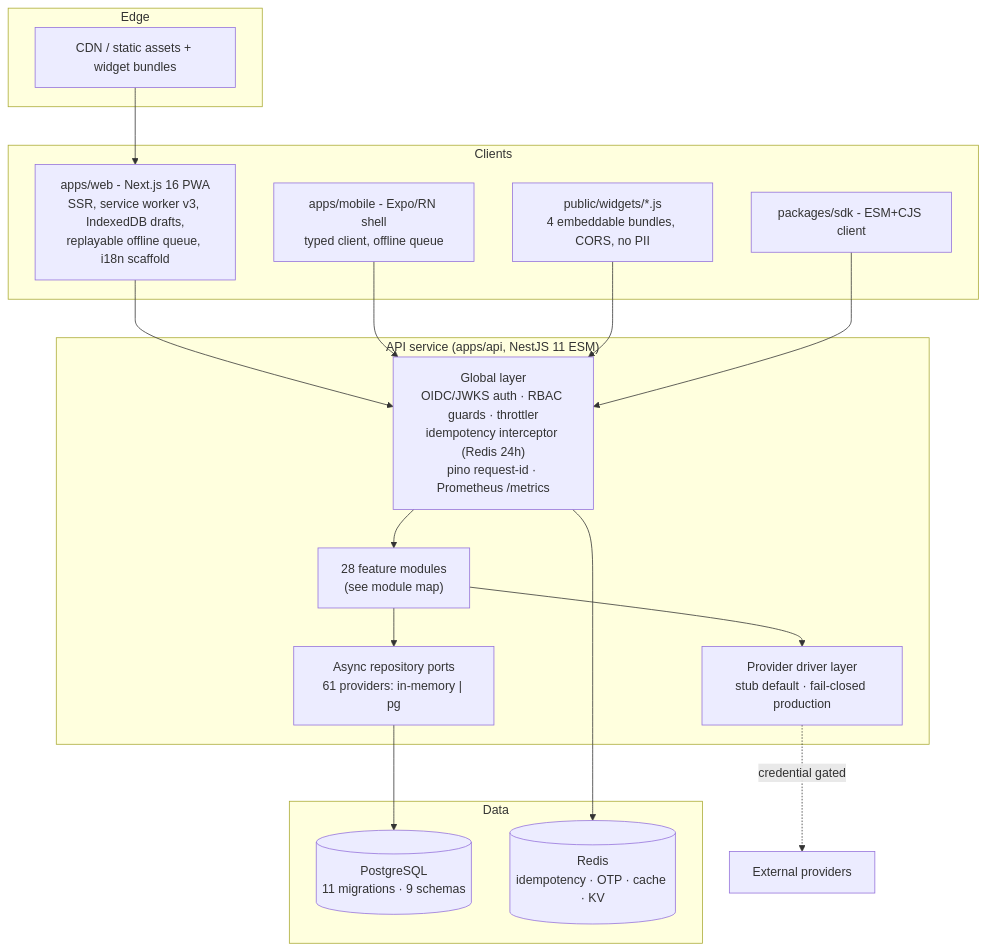
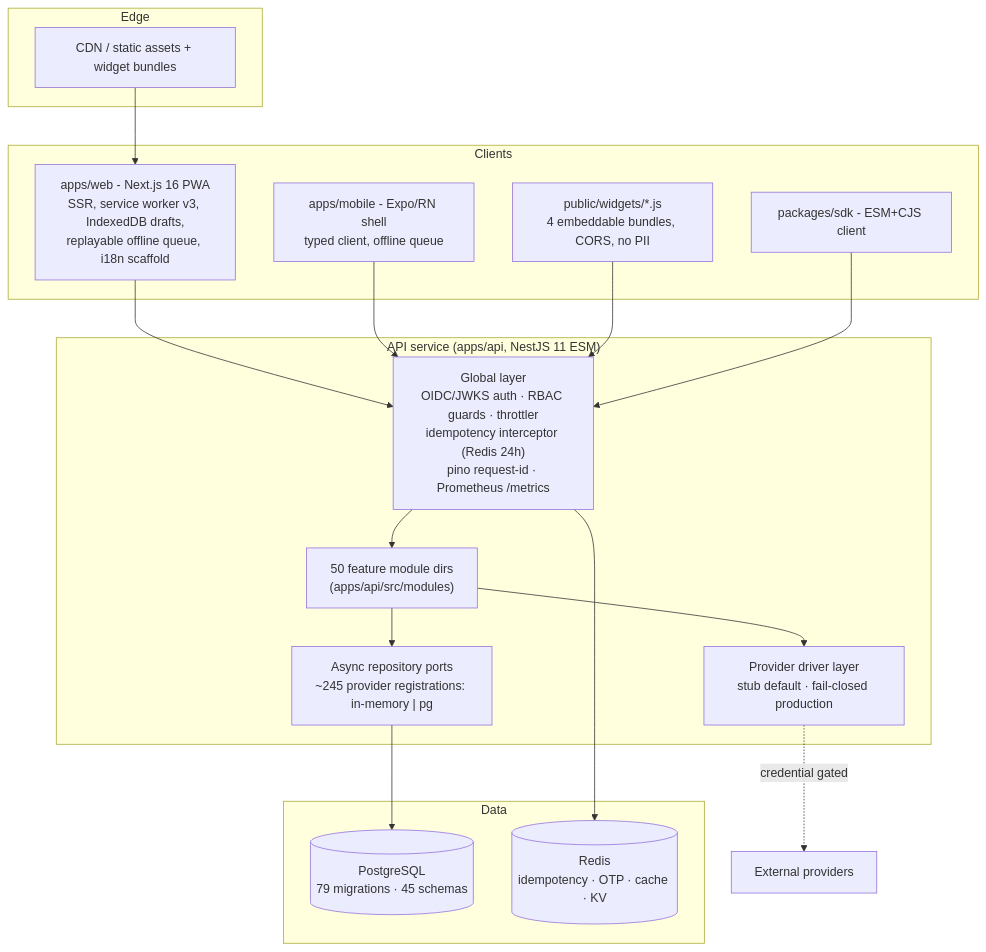
One commit to munisp/AgricPlatform changed the second of 6 diagrams in docs/architecture.md. Above: the diagram before and after it, drawn with Mermaid. The commit also changed other lines of this file and 1 other file, not shown here.

Commit message:
docs: WP-G21 Stage 27 docs refresh (production-readiness addendum, architecture rollup 053-079, go-live gates, traceability section 9, voice/credit/integration notes)

````diff
--- a/docs/architecture.md
+++ b/docs/architecture.md
@@ -56,33 +58,33 @@
 ```mermaid
 flowchart TB
     subgraph Edge
         CDN[CDN / static assets + widget bundles]
     end
 
     subgraph Clients
         PWA["apps/web - Next.js 16 PWA<br/>SSR, service worker v3, IndexedDB drafts,<br/>replayable offline queue, i18n scaffold"]
         MOBILE["apps/mobile - Expo/RN shell<br/>typed client, offline queue"]
         WIDGETS["public/widgets/*.js<br/>4 embeddable bundles, CORS, no PII"]
         SDK["packages/sdk - ESM+CJS client"]
     end
 
     subgraph Server["API service (apps/api, NestJS 11 ESM)"]
         GW["Global layer<br/>OIDC/JWKS auth · RBAC guards · throttler<br/>idempotency interceptor (Redis 24h)<br/>pino request-id · Prometheus /metrics"]
-        MODS["28 feature modules<br/>(see module map)"]
-        PORTS["Async repository ports<br/>61 providers: in-memory | pg"]
+        MODS["50 feature module dirs<br/>(apps/api/src/modules)"]
+        PORTS["Async repository ports<br/>~245 provider registrations: in-memory | pg"]
         DRV["Provider driver layer<br/>stub default · fail-closed production"]
     end
 
     subgraph Data
-        PG[(PostgreSQL<br/>11 migrations · 9 schemas)]
+        PG[(PostgreSQL<br/>79 migrations · 45 schemas)]
         RD[(Redis<br/>idempotency · OTP · cache · KV)]
     end
 
     PWA & MOBILE & WIDGETS & SDK --> GW
     GW --> MODS --> PORTS
     MODS --> DRV
     PORTS --> PG
     GW --> RD
     DRV -.->|credential gated| EXT[External providers]
     CDN --> PWA
 ```
````
